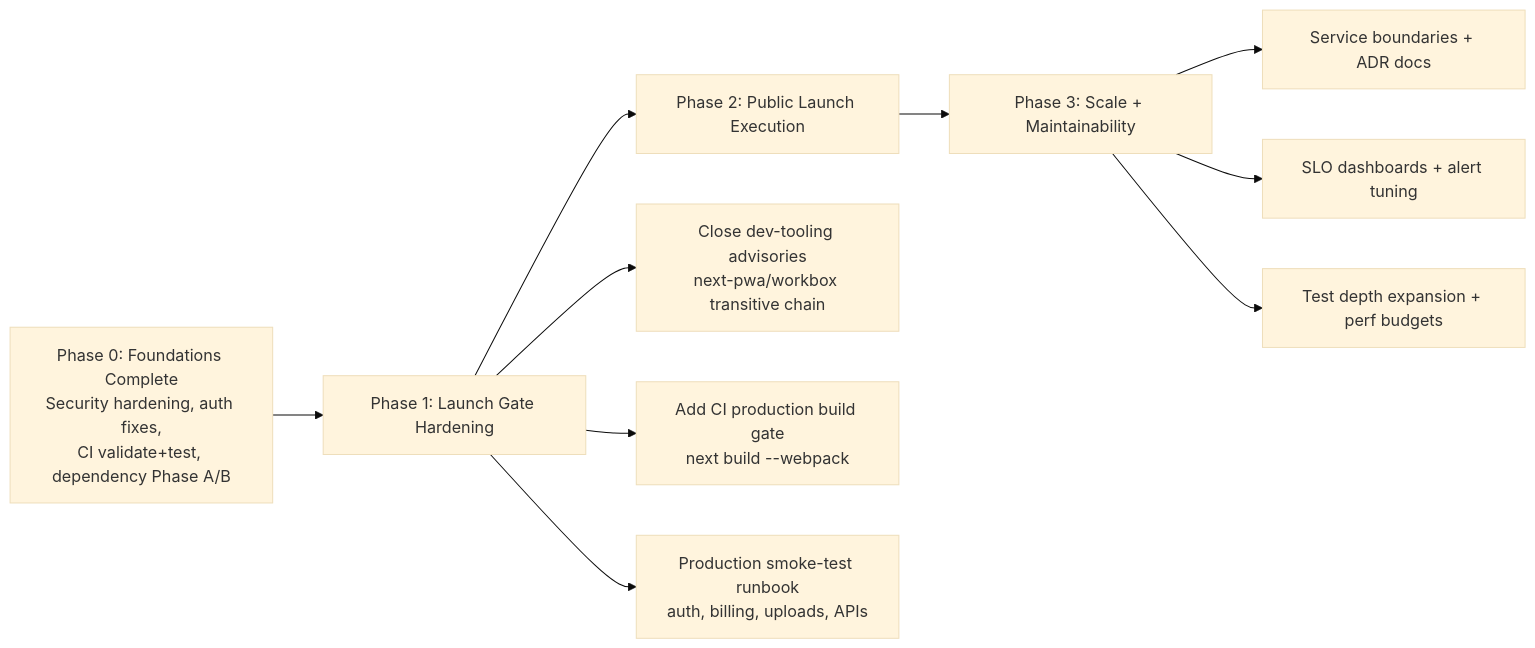
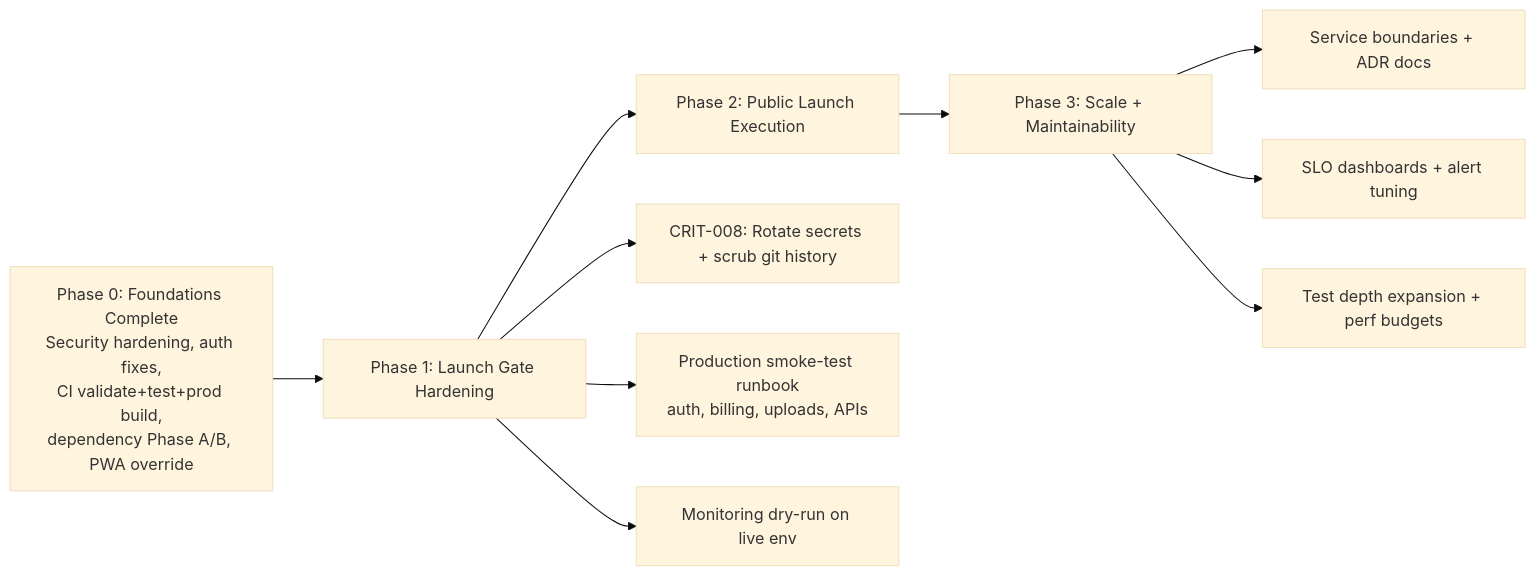
Before and after one commit to prettyinpurple2021/solo-ai: the second of 3 diagrams in docs/reports/VISUAL_PUBLIC_LAUNCH_ROADMAP.md, drawn with Mermaid (base theme). The commit also changed other lines of this file and 24 other files, not shown here.

````diff
--- a/docs/reports/VISUAL_PUBLIC_LAUNCH_ROADMAP.md
+++ b/docs/reports/VISUAL_PUBLIC_LAUNCH_ROADMAP.md
@@ -34,22 +44,22 @@
 ```mermaid
 flowchart LR
-    A[Phase 0: Foundations Complete<br/>Security hardening, auth fixes,<br/>CI validate+test, dependency Phase A/B] --> B[Phase 1: Launch Gate Hardening]
+    A[Phase 0: Foundations Complete<br/>Security hardening, auth fixes,<br/>CI validate+test+prod build,<br/>dependency Phase A/B, PWA override] --> B[Phase 1: Launch Gate Hardening]
     B --> C[Phase 2: Public Launch Execution]
     C --> D[Phase 3: Scale + Maintainability]
 
-    B1[Close dev-tooling advisories<br/>next-pwa/workbox transitive chain]
-    B2[Add CI production build gate<br/>next build --webpack]
+    B0[CRIT-008: Rotate secrets + scrub git history]
     B3[Production smoke-test runbook<br/>auth, billing, uploads, APIs]
+    B4[Monitoring dry-run on live env]
 
-    B --> B1
-    B --> B2
+    B --> B0
     B --> B3
+    B --> B4
 
     D1[Service boundaries + ADR docs]
     D2[SLO dashboards + alert tuning]
     D3[Test depth expansion + perf budgets]
 
     D --> D1
     D --> D2
     D --> D3
 ```
````
